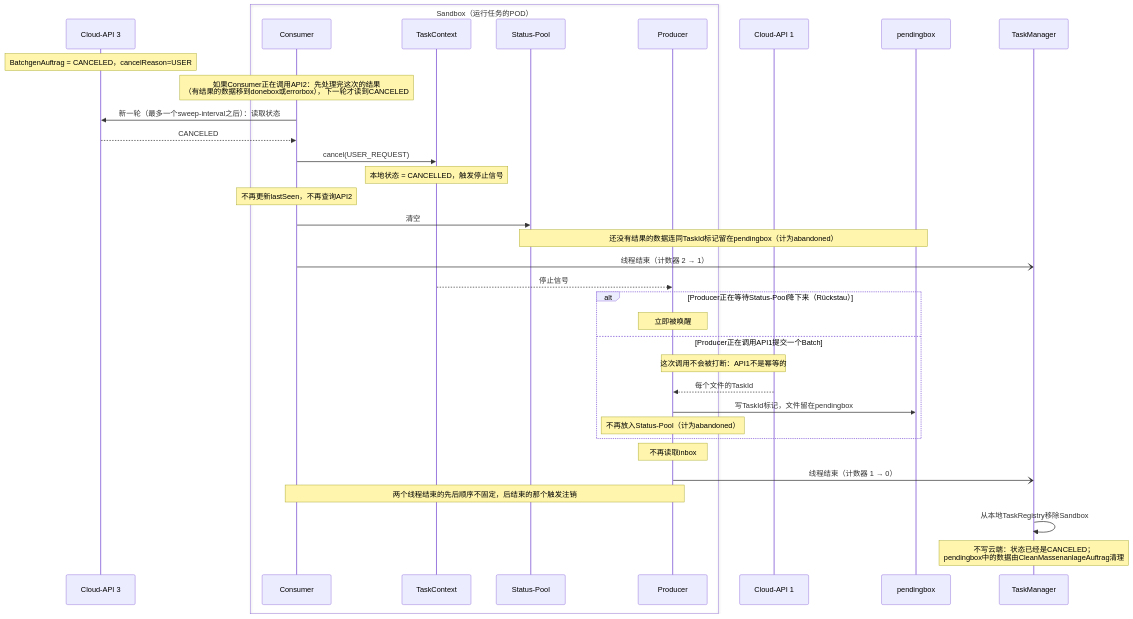
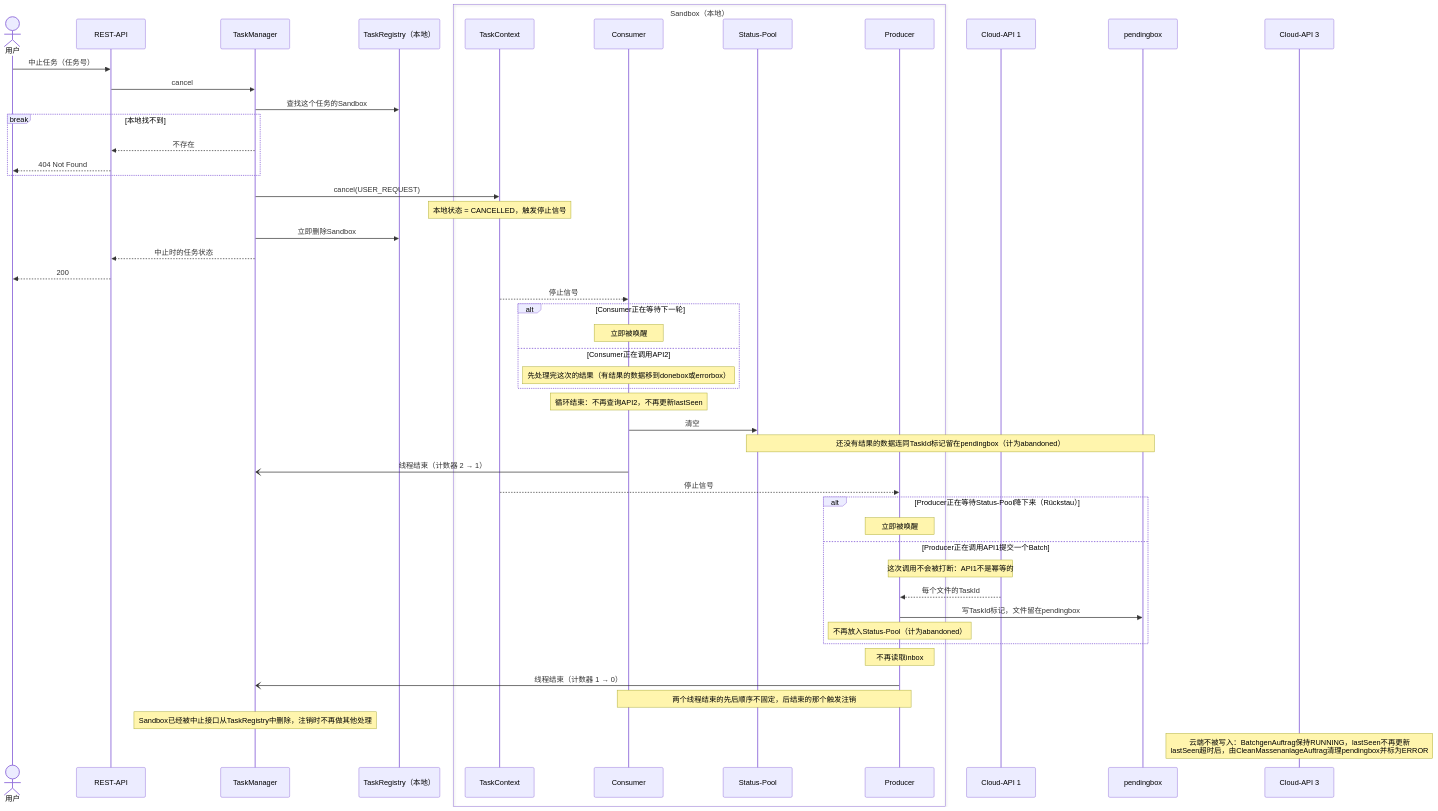
One commit to wwsstl/asynchrone-anwendungsarchitektur changed the diagram in docs/architect/sandbox_abbruch_sequenz.mmd. Above: the diagram before and after it, drawn with Mermaid.

Commit message:
added data

```diff
--- a/docs/architect/sandbox_abbruch_sequenz.mmd
+++ b/docs/architect/sandbox_abbruch_sequenz.mmd
@@ -1,43 +1,59 @@
 sequenceDiagram
-    %% 人工终止任务时Sandbox内部的过程（依据 zusatz_anforderungen.md 第2.1、4节）
-    %% 前提：用户已经通过REST-API把BatchgenAuftrag设为CANCELED（cancelReason=USER）
-    %% Sandbox外部的过程（中止接口、CleanMassenanlageAuftrag）不在这张图里
+    %% 外部终止任务时Sandbox内部的过程（第一阶段，依据 erste_phase_zusatz_anforderungen.md 第4节和 funktionsweise_sequenz.md 第5节）
+    %% 沿用现有实现：应用在本地直接停止Sandbox，不写云端
+    %% CleanMassenanlageAuftrag之后的清理不在这张图里（见 funktionsweise_sequenz.mmd 第7阶段）
 
-    participant A3 as Cloud-API 3
-    box Sandbox（运行任务的POD）
+    actor U as 用户
+    participant API as REST-API
+    participant TM as TaskManager
+    participant Reg as TaskRegistry（本地）
+    box Sandbox（本地）
+        participant Ctx as TaskContext
         participant C as Consumer
-        participant Ctx as TaskContext
         participant Pool as Status-Pool
         participant P as Producer
     end
     participant A1 as Cloud-API 1
     participant O as pendingbox
-    participant TM as TaskManager
+    participant A3 as Cloud-API 3
 
-    Note over A3: BatchgenAuftrag = CANCELED，cancelReason=USER
+    U->>API: 中止任务（任务号）
+    API->>TM: cancel
+    TM->>Reg: 查找这个任务的Sandbox
+    break 本地找不到
+        TM-->>API: 不存在
+        API-->>U: 404 Not Found
+    end
+    TM->>Ctx: cancel(USER_REQUEST)
+    Note over Ctx: 本地状态 = CANCELLED，触发停止信号
+    TM->>Reg: 立即删除Sandbox
+    TM-->>API: 中止时的任务状态
+    API-->>U: 200
 
-    Note over C: 如果Consumer正在调用API2：先处理完这次的结果<br/>（有结果的数据移到donebox或errorbox），下一轮才读到CANCELED
-    C->>A3: 新一轮（最多一个sweep-interval之后）：读取状态
-    A3-->>C: CANCELED
-    C->>Ctx: cancel(USER_REQUEST)
-    Note over Ctx: 本地状态 = CANCELLED，触发停止信号
-    Note over C: 不再更新lastSeen，不再查询API2
+    Ctx-->>C: 停止信号
+    alt Consumer正在等待下一轮
+        Note over C: 立即被唤醒
+    else Consumer正在调用API2
+        Note over C: 先处理完这次的结果（有结果的数据移到donebox或errorbox）
+    end
+    Note over C: 循环结束：不再查询API2，不再更新lastSeen
     C->>Pool: 清空
     Note over Pool,O: 还没有结果的数据连同TaskId标记留在pendingbox（计为abandoned）
     C-)TM: 线程结束（计数器 2 → 1）
 
     Ctx-->>P: 停止信号
     alt Producer正在等待Status-Pool降下来（Rückstau）
         Note over P: 立即被唤醒
     else Producer正在调用API1提交一个Batch
         Note over P,A1: 这次调用不会被打断：API1不是幂等的
         A1-->>P: 每个文件的TaskId
         P->>O: 写TaskId标记，文件留在pendingbox
         Note over P: 不再放入Status-Pool（计为abandoned）
     end
     Note over P: 不再读取inbox
     P-)TM: 线程结束（计数器 1 → 0）
 
     Note over C,P: 两个线程结束的先后顺序不固定，后结束的那个触发注销
-    TM->>TM: 从本地TaskRegistry移除Sandbox
-    Note over TM: 不写云端：状态已经是CANCELED；<br/>pendingbox中的数据由CleanMassenanlageAuftrag清理
+    Note over TM: Sandbox已经被中止接口从TaskRegistry中删除，注销时不再做其他处理
+
+    Note over A3: 云端不被写入：BatchgenAuftrag保持RUNNING，lastSeen不再更新<br/>lastSeen超时后，由CleanMassenanlageAuftrag清理pendingbox并标为ERROR
```
